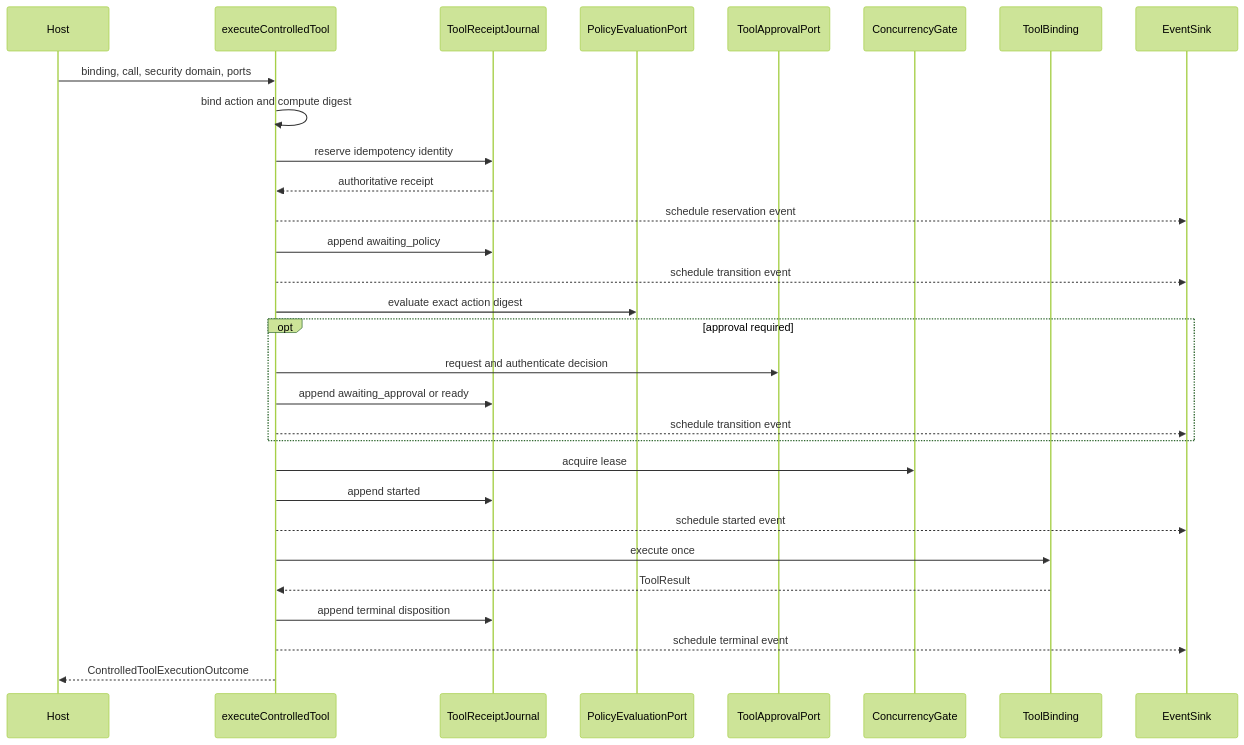
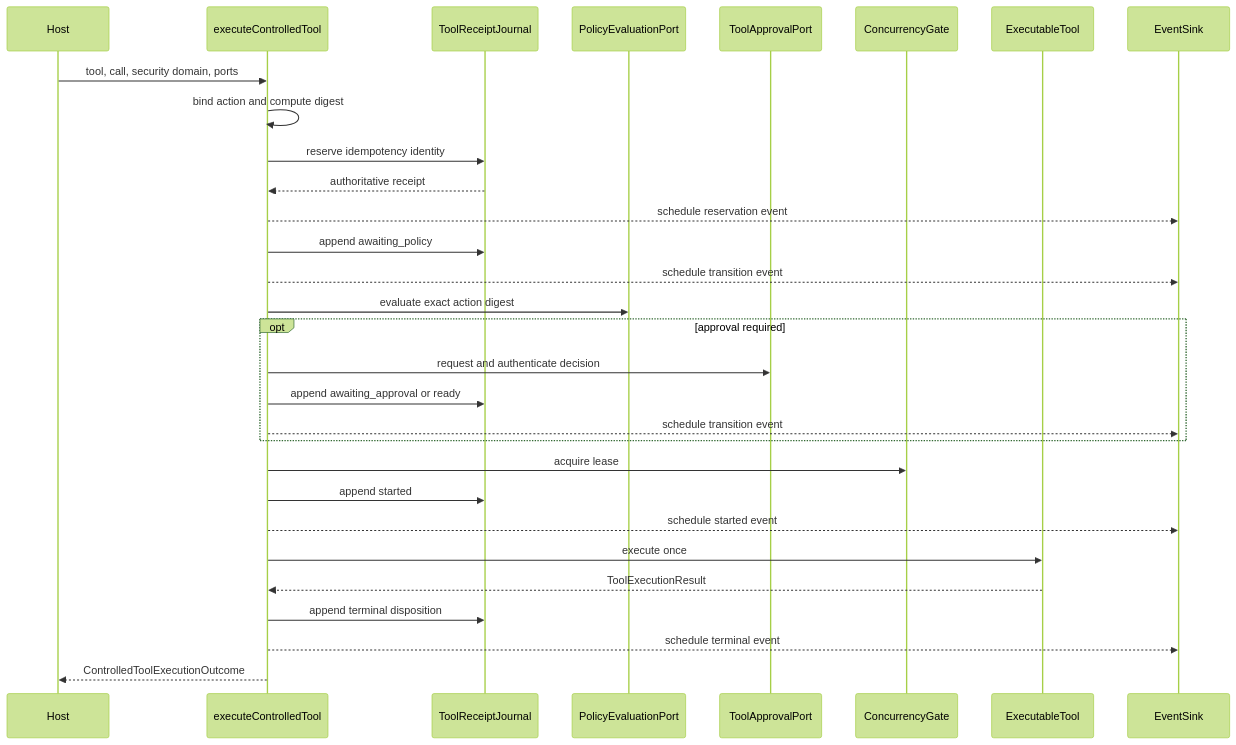
Before and after one commit to theGeekist/llm-core: the diagram in docs/orchestration/controlled-tool-execution.md, drawn with Mermaid (forest theme). The commit also changed other lines of this file and 203 other files, not shown here.

````diff
--- a/docs/orchestration/controlled-tool-execution.md
+++ b/docs/orchestration/controlled-tool-execution.md
@@ -11,33 +11,33 @@
 ```mermaid
 sequenceDiagram
   participant Host
   participant Control as executeControlledTool
   participant Journal as ToolReceiptJournal
   participant Policy as PolicyEvaluationPort
   participant Approval as ToolApprovalPort
   participant Gate as ConcurrencyGate
-  participant Tool as ToolBinding
+  participant Tool as ExecutableTool
   participant Events as EventSink
 
-  Host->>Control: binding, call, security domain, ports
+  Host->>Control: tool, call, security domain, ports
   Control->>Control: bind action and compute digest
   Control->>Journal: reserve idempotency identity
   Journal-->>Control: authoritative receipt
   Control-->>Events: schedule reservation event
   Control->>Journal: append awaiting_policy
   Control-->>Events: schedule transition event
   Control->>Policy: evaluate exact action digest
   opt approval required
     Control->>Approval: request and authenticate decision
     Control->>Journal: append awaiting_approval or ready
     Control-->>Events: schedule transition event
   end
   Control->>Gate: acquire lease
   Control->>Journal: append started
   Control-->>Events: schedule started event
   Control->>Tool: execute once
-  Tool-->>Control: ToolResult
+  Tool-->>Control: ToolExecutionResult
   Control->>Journal: append terminal disposition
   Control-->>Events: schedule terminal event
   Control-->>Host: ControlledToolExecutionOutcome
 ```
````
